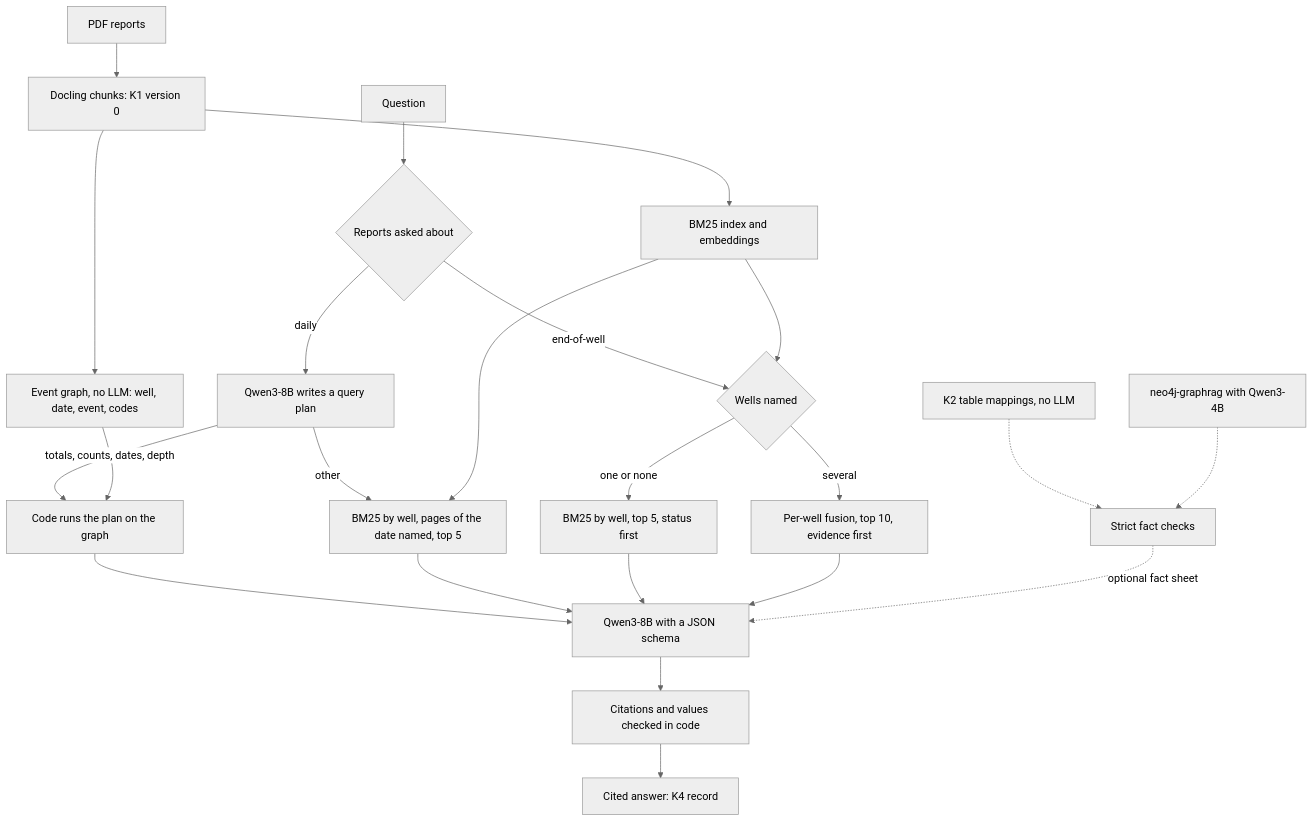
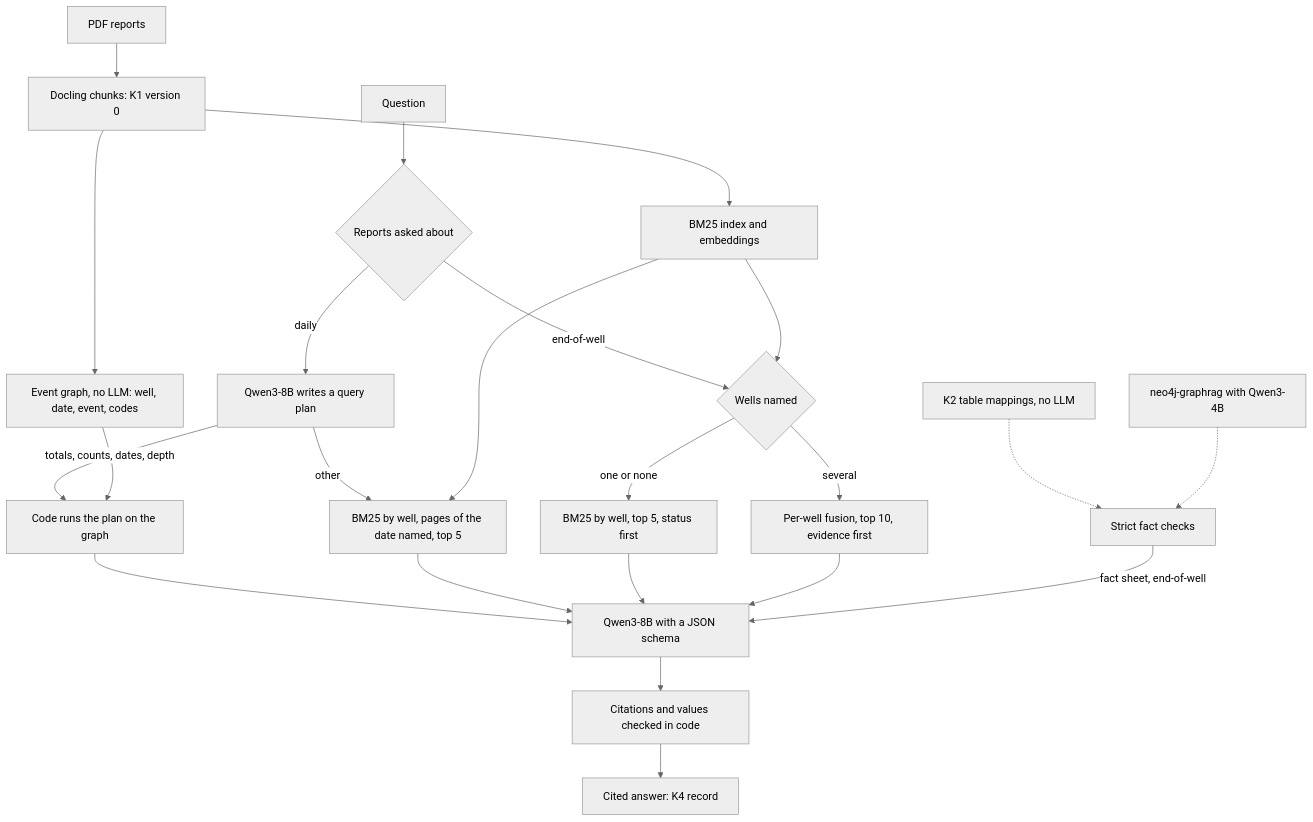
One commit to thaitri2005/Secure-O-G-LLM-and-Knowledge-Graph changed the eighth of 8 diagrams in docs/PROJECT_DESIGN.md. Above: the diagram before and after it, drawn with Mermaid (neutral theme). The commit also changed other lines of this file and 5 other files, not shown here.

Commit message:
Track B: the per-well fact graph is part of the design, not optional (B-D29, D-55; reverses B-D24)

````diff
--- a/docs/PROJECT_DESIGN.md
+++ b/docs/PROJECT_DESIGN.md
@@ -946,25 +946,25 @@
 ```mermaid
 flowchart TD
     PDF[PDF reports] --> K1[Docling chunks: K1 version 0]
     K1 --> IDX[BM25 index and embeddings]
     K1 --> EV[Event graph, no LLM: well, date, event, codes]
     Q[Question] --> KIND{Reports asked about}
     KIND -- "end-of-well" --> ROUTE{Wells named}
     KIND -- "daily" --> PLAN[Qwen3-8B writes a query plan]
     PLAN -- "totals, counts, dates, depth" --> RUN[Code runs the plan on the graph]
     EV --> RUN
     PLAN -- "other" --> DATE[BM25 by well, pages of the date named, top 5]
     IDX --> ROUTE
     IDX --> DATE
     ROUTE -- "one or none" --> ONE[BM25 by well, top 5, status first]
     ROUTE -- "several" --> MANY[Per-well fusion, top 10, evidence first]
     RUN --> LLM[Qwen3-8B with a JSON schema]
     DATE --> LLM
     ONE --> LLM
     MANY --> LLM
     LLM --> CHECK[Citations and values checked in code]
     CHECK --> K4[Cited answer: K4 record]
     MAP[K2 table mappings, no LLM] -.-> VAL[Strict fact checks]
     EXT[neo4j-graphrag with Qwen3-4B] -.-> VAL
-    VAL -.->|optional fact sheet| LLM
+    VAL -->|fact sheet, end-of-well| LLM
 ```
````
